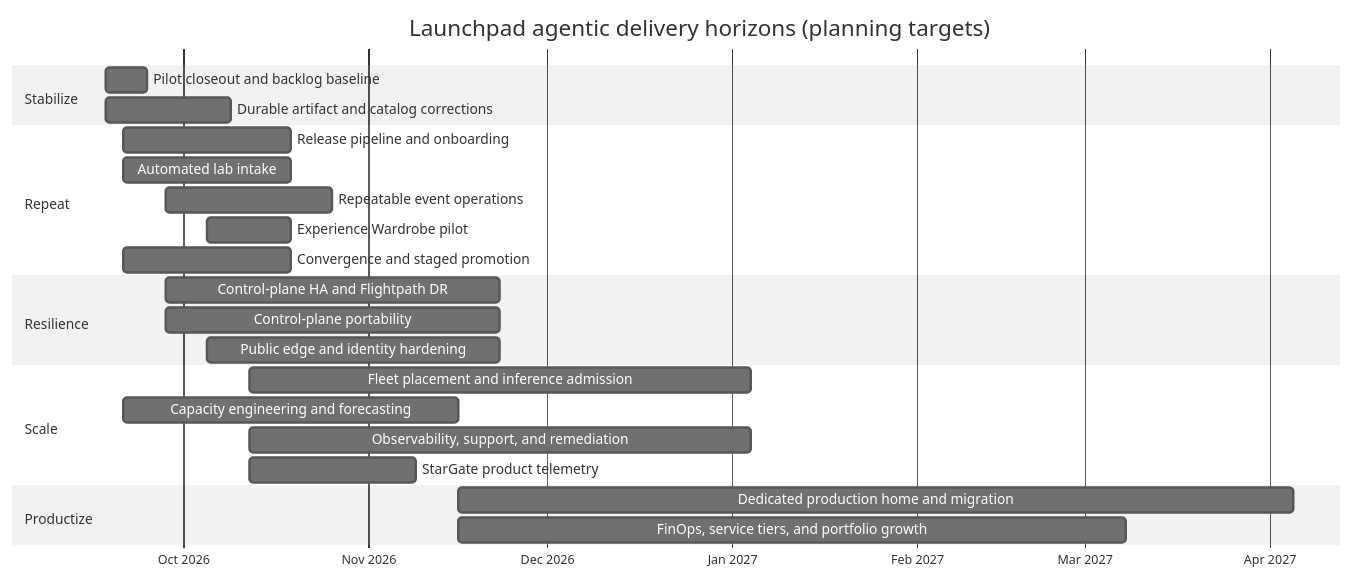
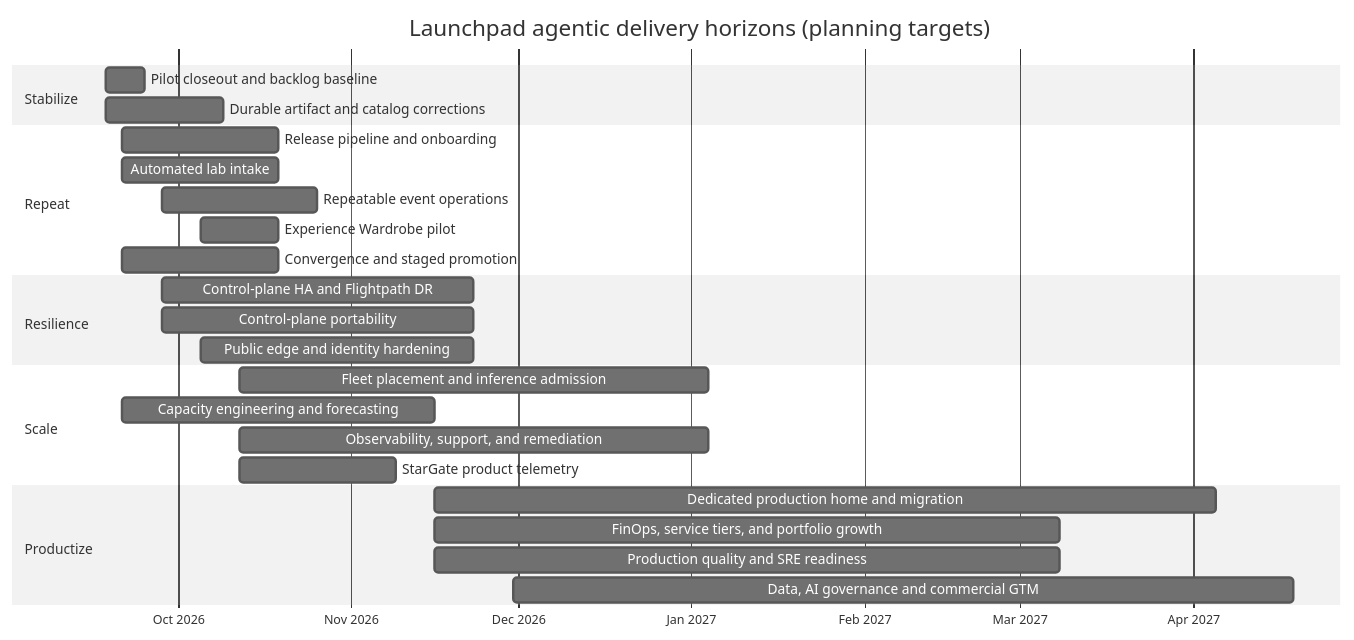
One commit to jkershawrh/launchpad changed the diagram in docs/product-delivery-roadmap.md. Above: the diagram before and after it, drawn with Mermaid (neutral theme). The commit also changed other lines of this file and 15 other files, not shown here.

Commit message:
Add production readiness and GTM governance

````diff
--- a/docs/product-delivery-roadmap.md
+++ b/docs/product-delivery-roadmap.md
@@ -96,32 +96,34 @@
 ```mermaid
 gantt
     title Launchpad agentic delivery horizons (planning targets)
     dateFormat  YYYY-MM-DD
     axisFormat  %b %Y
 
     section Stabilize
     Pilot closeout and backlog baseline       :h0, 2026-09-18, 1w
     Durable artifact and catalog corrections  :h0a, 2026-09-18, 3w
 
     section Repeat
     Release pipeline and onboarding            :h1, 2026-09-21, 4w
     Automated lab intake                        :h1c, 2026-09-21, 4w
     Repeatable event operations                :h1a, 2026-09-28, 4w
     Experience Wardrobe pilot                  :h1b, 2026-10-05, 2w
     Convergence and staged promotion            :h1d, 2026-09-21, 4w
 
     section Resilience
     Control-plane HA and Flightpath DR          :h2, 2026-09-28, 8w
     Control-plane portability                   :h2b, 2026-09-28, 8w
     Public edge and identity hardening          :h2a, 2026-10-05, 7w
 
     section Scale
     Fleet placement and inference admission     :h3, 2026-10-12, 12w
     Capacity engineering and forecasting        :h3c, 2026-09-21, 8w
     Observability, support, and remediation      :h3a, 2026-10-12, 12w
     StarGate product telemetry                  :h3b, 2026-10-12, 4w
 
     section Productize
     Dedicated production home and migration     :h4, 2026-11-16, 20w
     FinOps, service tiers, and portfolio growth  :h4a, 2026-11-16, 16w
+    Production quality and SRE readiness         :h4b, 2026-11-16, 16w
+    Data, AI governance and commercial GTM       :h4c, 2026-11-30, 20w
 ```
````
